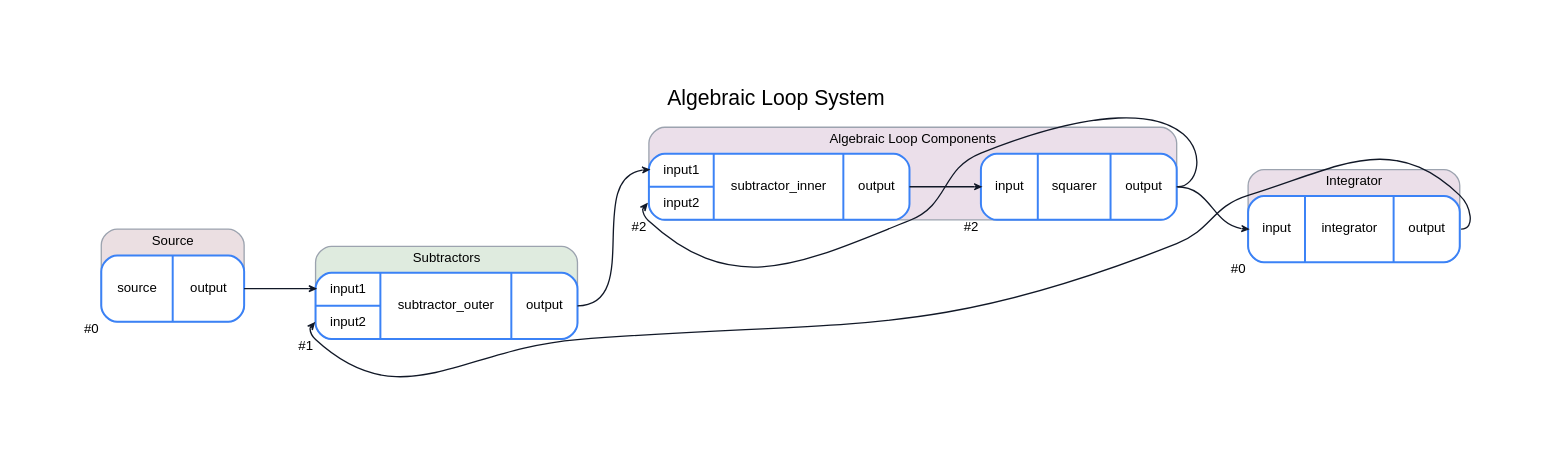
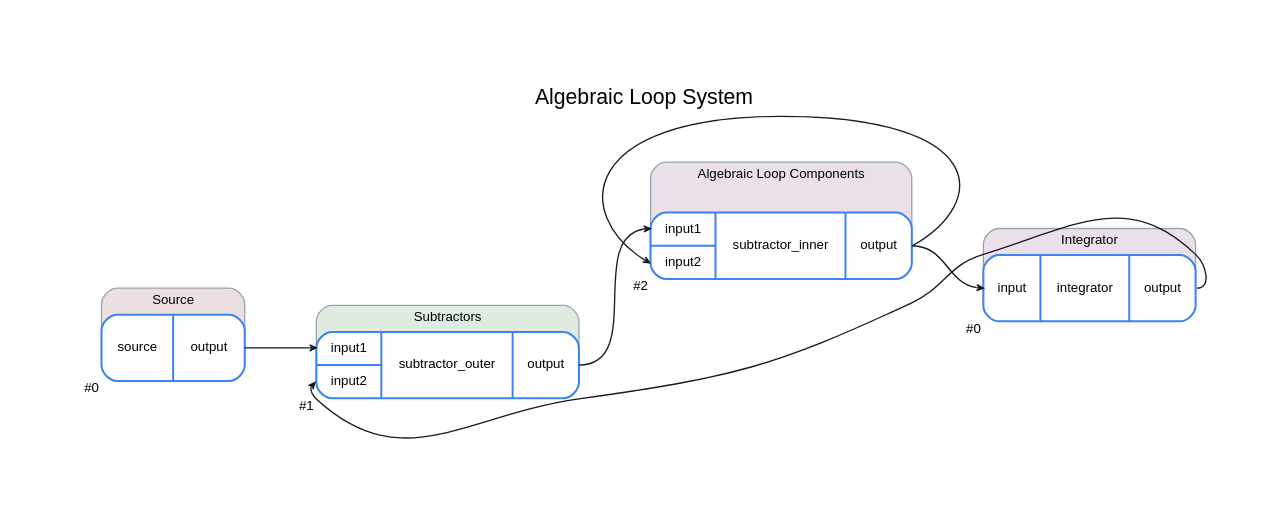
One commit to FlorianFrech/SystemSimulation changed the diagram in examples/AlgebraicLoops/Digraph.gv. Above: the diagram before and after it, drawn with Graphviz. The commit also changed 10 other files, not shown here.

```diff
--- a/examples/AlgebraicLoops/Digraph.gv
+++ b/examples/AlgebraicLoops/Digraph.gv
@@ -1,29 +1,27 @@
 // System: Algebraic Loop System
 digraph {
 	graph [bgcolor=white compound=true esep=0 fontname=Helvetica fontsize=16 label="Algebraic Loop System" labelloc=t margin=0.2 nodesep=1 pad=0.75 rankdir=LR ranksep=0.75 sep=0 smoothType=graph_dist splines=true]
 	node [color="#3b82f6" fillcolor=white fontname=Helvetica fontsize=10 height=0.7 margin="0.12,0.1" penwidth=1.5 shape=record style="rounded,filled" width=1.5]
 	edge [arrowhead=open arrowsize=0.5 arrowtail=none color="#111827" dir=forward fontname=Helvetica fontsize=10 labelangle=45 labelfontcolor="#374151" minlen=1.4 penwidth=1 style=solid]
 	subgraph cluster_Source {
 		bgcolor="#ebdfe2" color="#9ca3af" fontname=Helvetica fontsize=10 label=Source style=rounded
 		source [label="{ source | { <output> output } }" xlabel="#0"]
 	}
 	subgraph cluster_Subtractors {
 		bgcolor="#dfebdf" color="#9ca3af" fontname=Helvetica fontsize=10 label=Subtractors style=rounded
 		subtractor_outer [label="{ { <input1> input1 | <input2> input2 } | subtractor_outer | { <output> output } }" xlabel="#1"]
 	}
 	subgraph "cluster_Algebraic Loop Components" {
 		bgcolor="#ebdfea" color="#9ca3af" fontname=Helvetica fontsize=10 label="Algebraic Loop Components" style=rounded
 		subtractor_inner [label="{ { <input1> input1 | <input2> input2 } | subtractor_inner | { <output> output } }" xlabel="#2"]
-		squarer [label="{ { <input> input } | squarer | { <output> output } }" xlabel="#2"]
 	}
 	subgraph cluster_Integrator {
 		bgcolor="#ebdfe9" color="#9ca3af" fontname=Helvetica fontsize=10 label=Integrator style=rounded
 		integrator [label="{ { <input> input } | integrator | { <output> output } }" xlabel="#0"]
 	}
 	source -> subtractor_outer [label="" color="#111827" headclip=true headport="input1:w" style=solid tailclip=true tailport="output:e"]
 	subtractor_outer -> subtractor_inner [label="" color="#111827" headclip=true headport="input1:w" style=solid tailclip=true tailport="output:e"]
-	subtractor_inner -> squarer [label="" color="#111827" headclip=true headport="input:w" style=solid tailclip=true tailport="output:e"]
-	squarer -> integrator [label="" color="#111827" headclip=true headport="input:w" style=solid tailclip=true tailport="output:e"]
-	squarer -> subtractor_inner [label="" color="#111827" headclip=true headport="input2:w" style=solid tailclip=true tailport="output:e"]
+	subtractor_inner -> integrator [label="" color="#111827" headclip=true headport="input:w" style=solid tailclip=true tailport="output:e"]
+	subtractor_inner -> subtractor_inner [label="" color="#111827" headclip=true headport="input2:w" style=solid tailclip=true tailport="output:e"]
 	integrator -> subtractor_outer [label="" color="#111827" headclip=true headport="input2:w" style=solid tailclip=true tailport="output:e"]
 }
```
